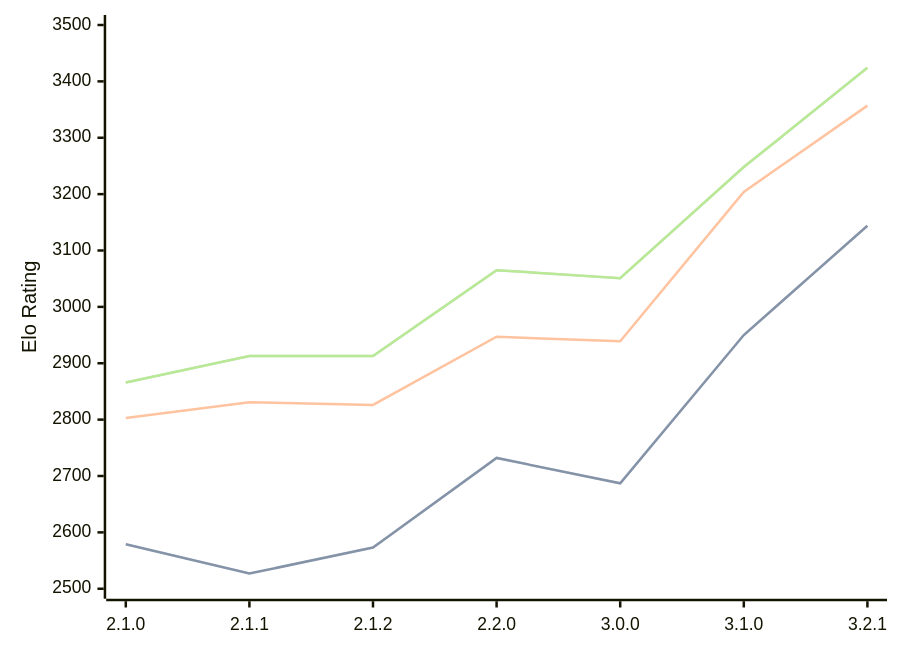
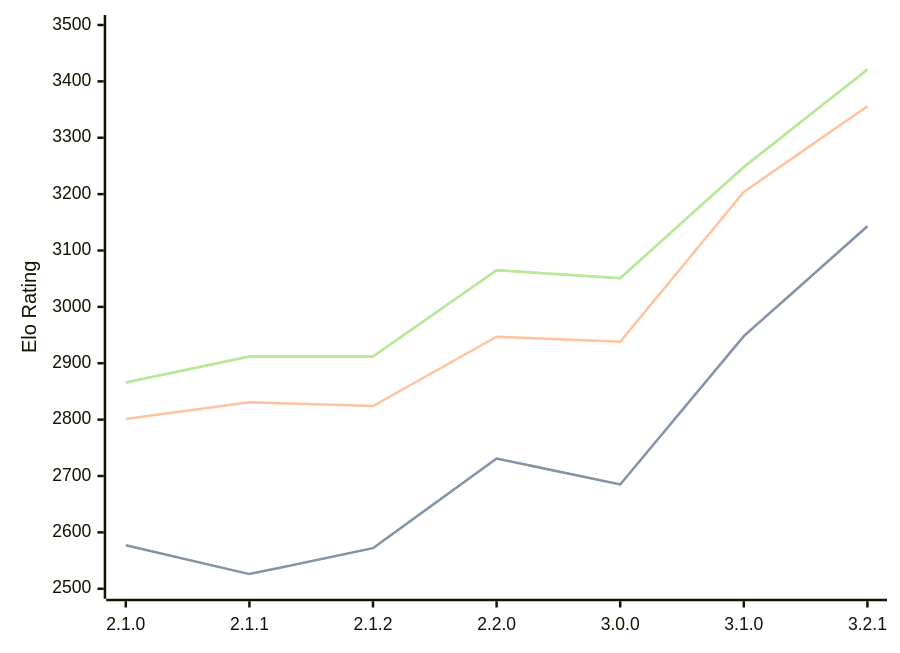
One commit to computer-chess-index/cci changed the diagram in engines/Prune.md. Above: the diagram before and after it, drawn with Mermaid. The commit also changed other lines of this file, not shown here.

Commit message:
Update CCI Ratings (ELO VLTC) - 2026-03-09

````diff
--- a/engines/Prune.md
+++ b/engines/Prune.md
@@ -40,11 +40,11 @@
 ```mermaid
 %%{init: {"theme":"base","themeVariables":{"seriesColors:['#a3a3a3','#222221','#faa371']}}}%%
 xychart-beta
   x-axis ["2.1.0", "2.1.1", "2.1.2", "2.2.0", "3.0.0", "3.1.0", "3.2.1"]
   y-axis "Elo Rating" 2500 --> 3500
-  line "STC (8.0+0.08s)" [2579, 2527, 2573, 2732, 2687, 2950, 3144]
-  line "STC (8.0+0.08s)" [2579, 2527, 2573, 2732, 2687, 2950, 3144]
-  line "LTC (60.0+0.60s)" [2803, 2831, 2826, 2947, 2939, 3204, 3357]
-  line "VLTC (2m24s+1.12s)" [2866, 2913, 2913, 3065, 3051, 3248, 3424]
-  line "VLTC (2m24s+1.12s)" [2866, 2913, 2913, 3065, 3051, 3248, 3424]
+  line "STC (8.0+0.08s)" [2577, 2526, 2572, 2731, 2685, 2948, 3143]
+  line "STC (8.0+0.08s)" [2577, 2526, 2572, 2731, 2685, 2948, 3143]
+  line "LTC (60.0+0.60s)" [2801, 2831, 2824, 2947, 2938, 3204, 3356]
+  line "VLTC (2m24s+1.12s)" [2866, 2912, 2912, 3065, 3051, 3248, 3421]
+  line "VLTC (2m24s+1.12s)" [2866, 2912, 2912, 3065, 3051, 3248, 3421]
 ```
````
